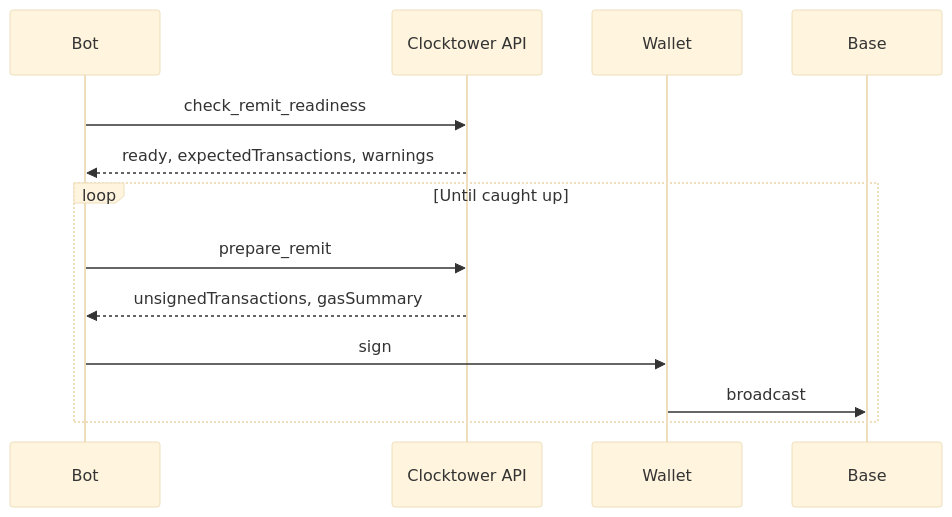
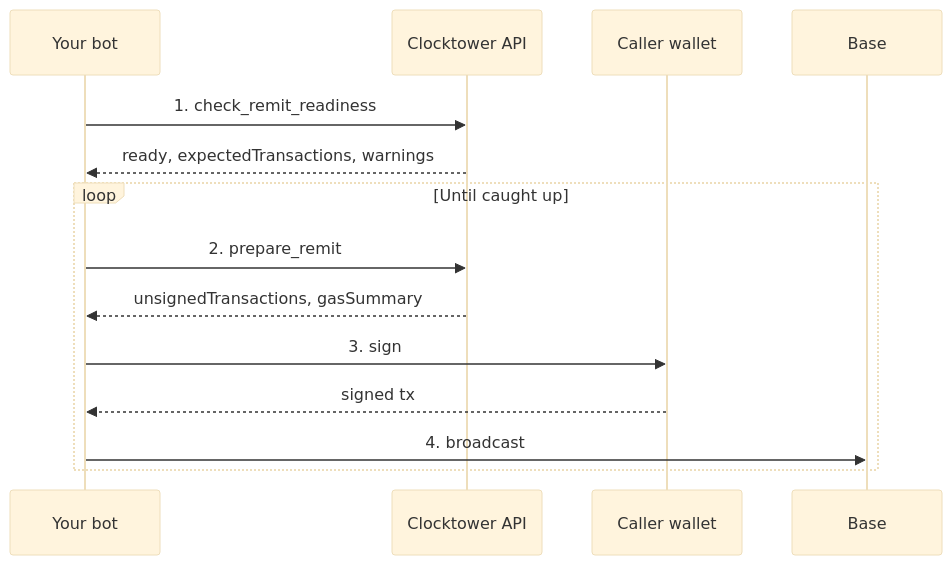
The diagram in docs/developers/05-Workflows/03-remit-caller.mdx (clocktower-protocol/clocktower-docs), drawn with Mermaid (base theme) before and after one commit. The commit also changed other lines of this file and 6 other files, not shown here.

Commit message:
fix(docs): enable Mermaid diagrams and clarify workflow pages

````diff
--- a/docs/developers/05-Workflows/03-remit-caller.mdx
+++ b/docs/developers/05-Workflows/03-remit-caller.mdx
@@ -13,16 +32,17 @@
 ```mermaid
 sequenceDiagram
-  participant Bot
+  participant Bot as Your bot
   participant API as Clocktower API
-  participant Wallet
+  participant Wallet as Caller wallet
   participant Chain as Base
 
-  Bot->>API: check_remit_readiness
+  Bot->>API: 1. check_remit_readiness
   API-->>Bot: ready, expectedTransactions, warnings
   loop Until caught up
-    Bot->>API: prepare_remit
+    Bot->>API: 2. prepare_remit
     API-->>Bot: unsignedTransactions, gasSummary
-    Bot->>Wallet: sign
-    Wallet->>Chain: broadcast
+    Bot->>Wallet: 3. sign
+    Wallet-->>Bot: signed tx
+    Bot->>Chain: 4. broadcast
   end
 ```
````
